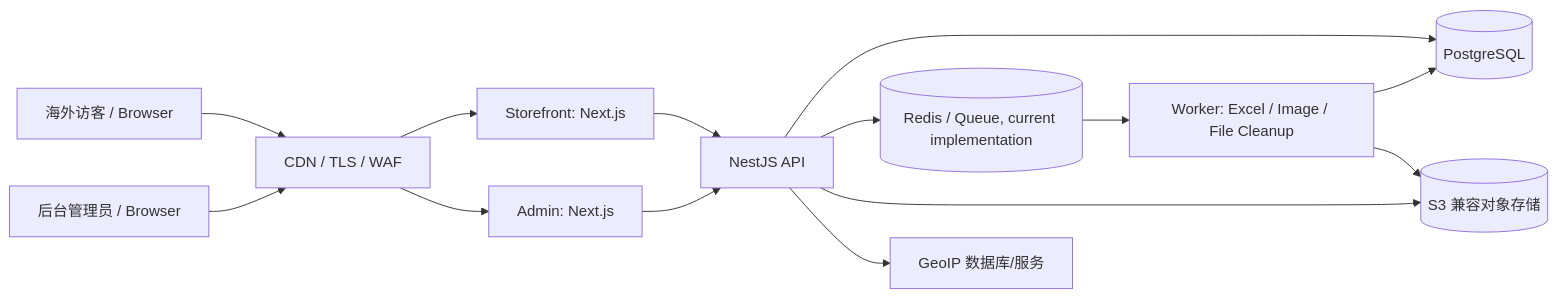
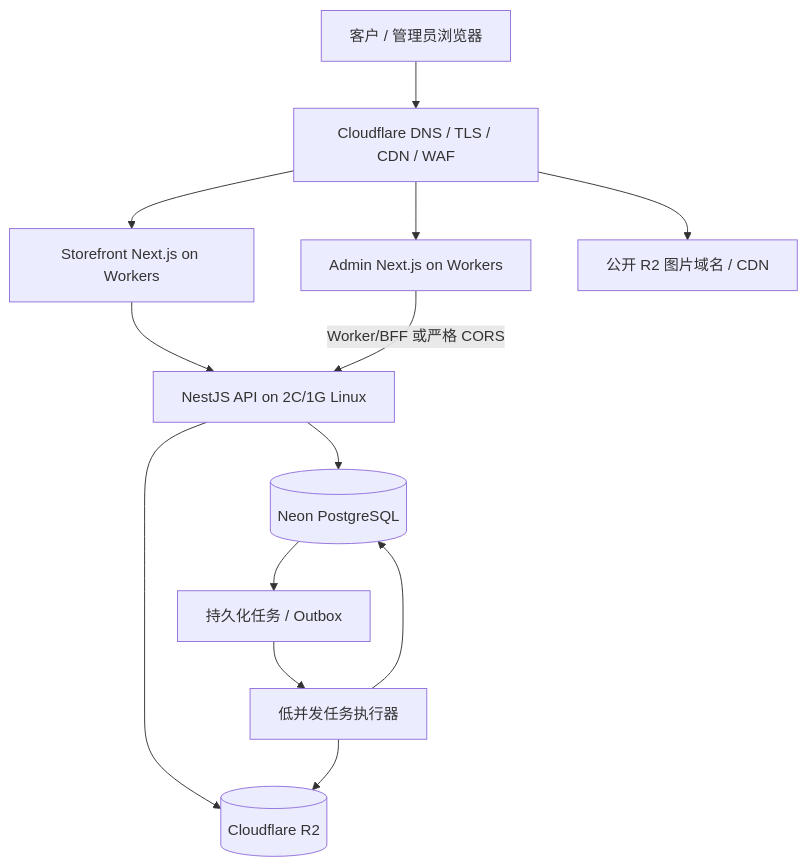
One commit to NotFeel/b2b-inquiry-platform changed the diagram in docs/02-architecture.md. Above: the diagram before and after it, drawn with Mermaid. The commit also changed other lines of this file, not shown here.

Commit message:
docs: align architecture overview to Cloudflare Neon R2 target

````diff
--- a/docs/02-architecture.md
+++ b/docs/02-architecture.md
@@ -5,16 +7,15 @@
 ```mermaid
-flowchart LR
-  V[海外访客 / Browser] --> CDN[CDN / TLS / WAF]
-  A[后台管理员 / Browser] --> CDN
-  CDN --> WEB[Storefront: Next.js]
-  CDN --> ADM[Admin: Next.js]
-  WEB --> API[NestJS API]
-  ADM --> API
-  API --> DB[(PostgreSQL)]
-  API --> REDIS[(Redis / Queue, current implementation)]
-  API --> OBJ[(S3 兼容对象存储)]
-  REDIS --> WORKER[Worker: Excel / Image / File Cleanup]
-  WORKER --> DB
-  WORKER --> OBJ
-  API --> GEO[GeoIP 数据库/服务]
+flowchart TB
+  U[客户 / 管理员浏览器] --> CF[Cloudflare DNS / TLS / CDN / WAF]
+  CF --> SF[Storefront Next.js on Workers]
+  CF --> ADM[Admin Next.js on Workers]
+  SF --> API[NestJS API on 2C/1G Linux]
+  ADM -->|Worker/BFF 或严格 CORS| API
+  API --> PG[(Neon PostgreSQL)]
+  API --> R2[(Cloudflare R2)]
+  PG --> JOB[持久化任务 / Outbox]
+  JOB --> RUNNER[低并发任务执行器]
+  RUNNER --> PG
+  RUNNER --> R2
+  CF --> IMG[公开 R2 图片域名 / CDN]
 ```
````
